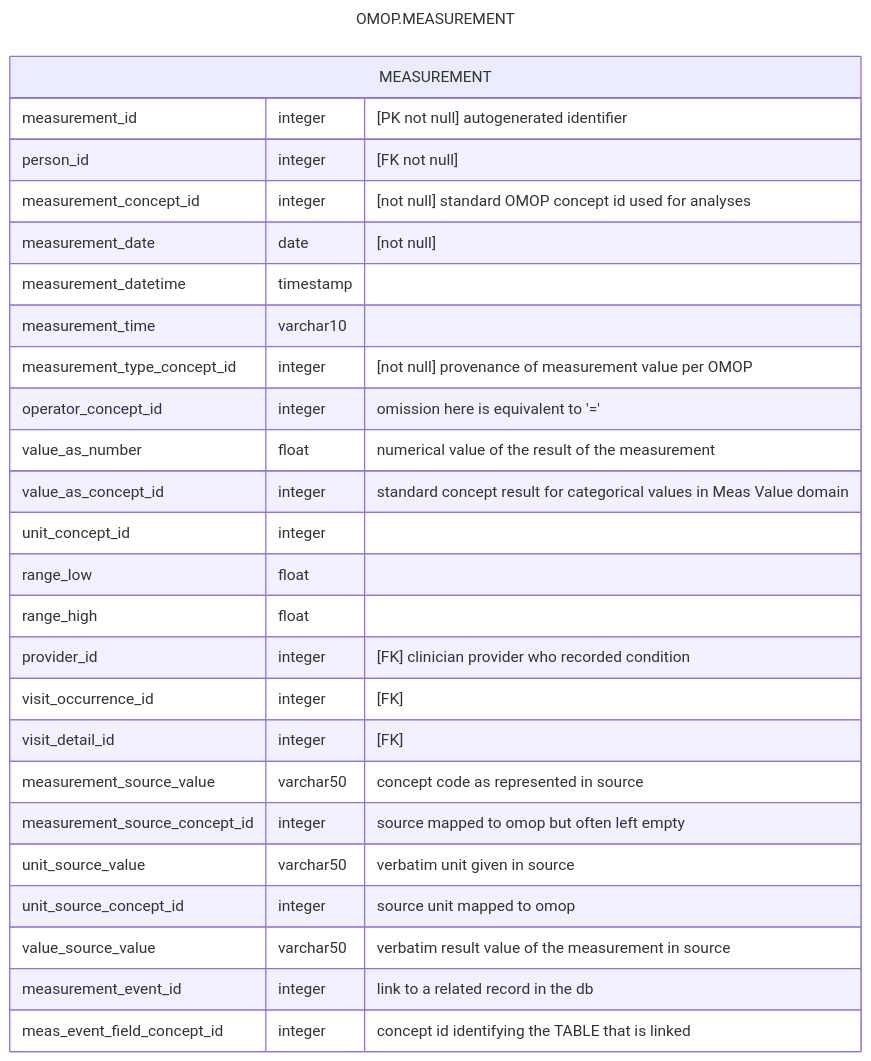
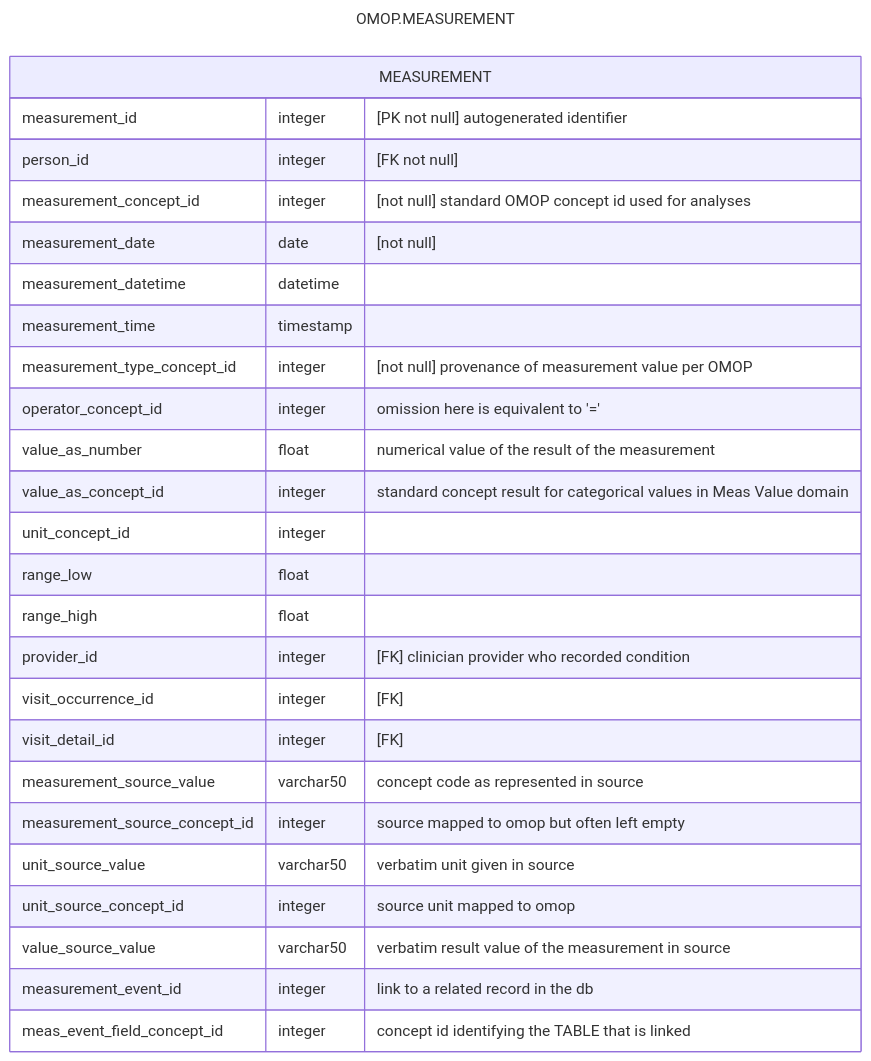
Before and after one commit to d3london/sde_aic_external_docs: the first of 2 diagrams in src/pages/data_model/cdm_measurement.qmd, drawn with Mermaid. The commit also changed 1 other file, not shown here.

Commit message:
removed varchar len, changed table names

````diff
--- a/src/pages/data_model/cdm_measurement.qmd
+++ b/src/pages/data_model/cdm_measurement.qmd
@@ -6,31 +6,31 @@
 ```{mermaid}
 ---
 title: OMOP.MEASUREMENT
 ---
 erDiagram
     MEASUREMENT {
         measurement_id integer "[PK not null] autogenerated identifier"
         person_id integer "[FK not null]"
         measurement_concept_id integer "[not null] standard OMOP concept id used for analyses"
         measurement_date date "[not null]"
-        measurement_datetime timestamp
-        measurement_time varchar10
+        measurement_datetime datetime
+        measurement_time timestamp
         measurement_type_concept_id integer "[not null] provenance of measurement value per OMOP"
         operator_concept_id integer "omission here is equivalent to '='"         
         value_as_number float "numerical value of the result of the measurement"
         value_as_concept_id integer "standard concept result for categorical values in Meas Value domain"
         unit_concept_id integer
         range_low float
         range_high float
         provider_id integer "[FK] clinician provider who recorded condition"
         visit_occurrence_id integer "[FK]"
         visit_detail_id integer "[FK]"
         measurement_source_value varchar50 "concept code as represented in source"
         measurement_source_concept_id integer "source mapped to omop but often left empty"
         unit_source_value varchar50 "verbatim unit given in source"
         unit_source_concept_id integer "source unit mapped to omop"
         value_source_value varchar50 "verbatim result value of the measurement in source"
         measurement_event_id integer "link to a related record in the db"
         meas_event_field_concept_id integer "concept id identifying the TABLE that is linked"
     }
 ```
````
